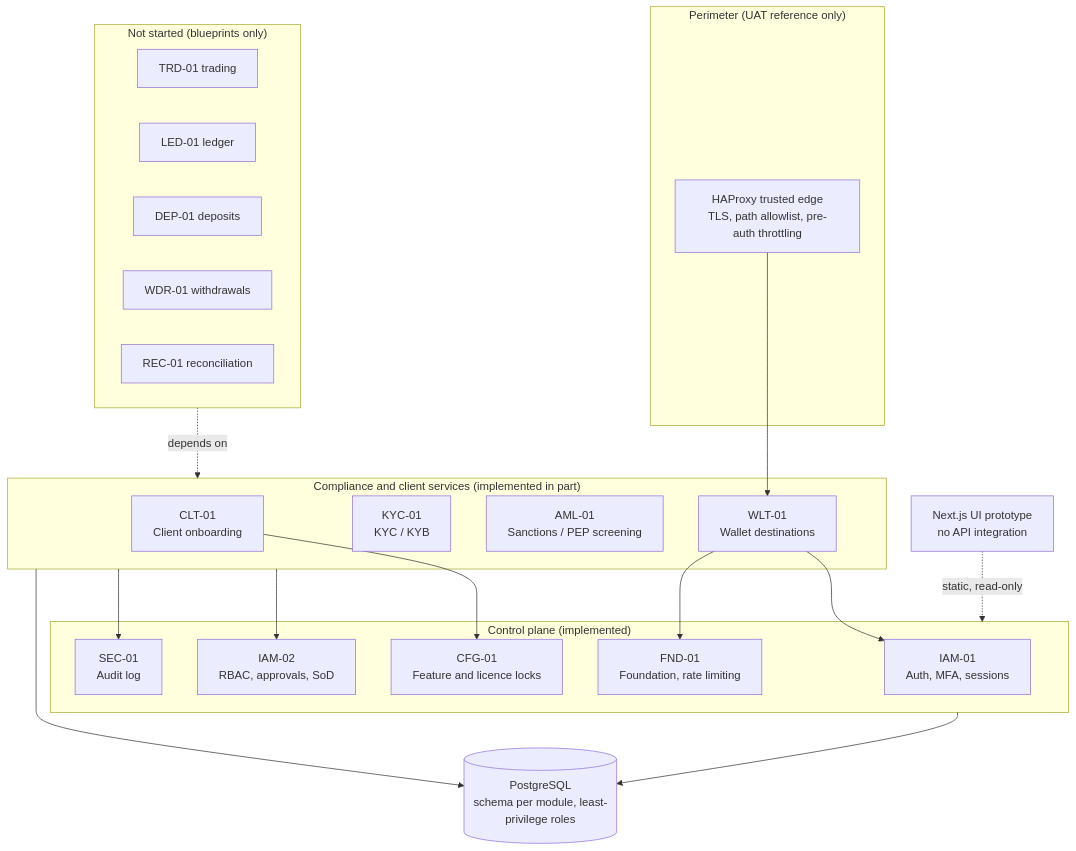
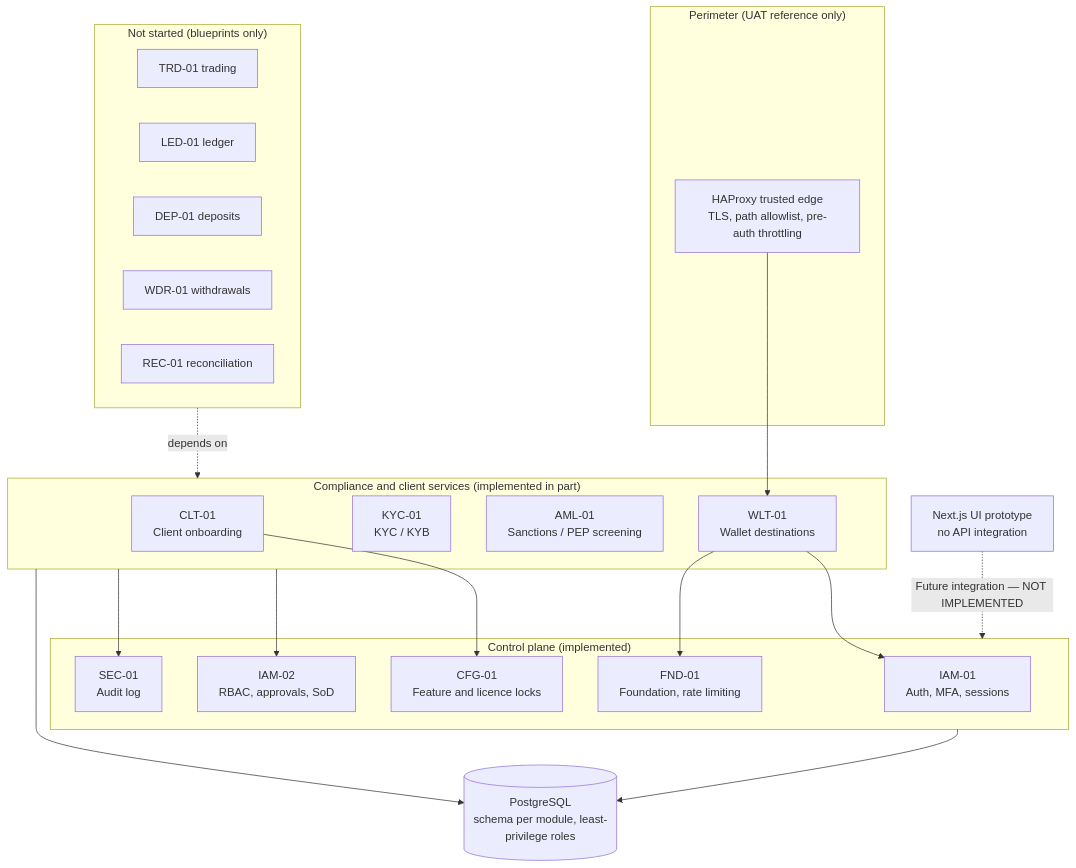
One commit to bangomasjoli/Money-Broking-Platform-MB-PSO-Exchange- changed the first of 2 diagrams in README.md. Above: the diagram before and after it, drawn with Mermaid. The commit also changed other lines of this file and 2 other files, not shown here.

````diff
--- a/README.md
+++ b/README.md
@@ -59,43 +59,43 @@
 ```mermaid
 flowchart TB
     subgraph Edge["Perimeter (UAT reference only)"]
         HP["HAProxy trusted edge<br/>TLS, path allowlist, pre-auth throttling"]
     end
 
     subgraph Core["Control plane (implemented)"]
         IAM1["IAM-01<br/>Auth, MFA, sessions"]
         IAM2["IAM-02<br/>RBAC, approvals, SoD"]
         SEC["SEC-01<br/>Audit log"]
         CFG["CFG-01<br/>Feature and licence locks"]
         FND["FND-01<br/>Foundation, rate limiting"]
     end
 
     subgraph Compliance["Compliance and client services (implemented in part)"]
         CLT["CLT-01<br/>Client onboarding"]
         KYC["KYC-01<br/>KYC / KYB"]
         AML["AML-01<br/>Sanctions / PEP screening"]
         WLT["WLT-01<br/>Wallet destinations"]
     end
 
     subgraph Planned["Not started (blueprints only)"]
         TRD["TRD-01 trading"]
         LED["LED-01 ledger"]
         DEP["DEP-01 deposits"]
         WDR["WDR-01 withdrawals"]
         REC["REC-01 reconciliation"]
     end
 
     DB[("PostgreSQL<br/>schema per module, least-privilege roles")]
     WEB["Next.js UI prototype<br/>no API integration"]
 
     HP --> WLT
     WLT --> IAM1
     WLT --> FND
     Compliance --> IAM2
     Compliance --> SEC
     CLT --> CFG
     Core --> DB
     Compliance --> DB
-    WEB -.->|"static, read-only"| Core
+    WEB -.->|"Future integration — NOT IMPLEMENTED"| Core
     Planned -.->|"depends on"| Compliance
 ```
````
